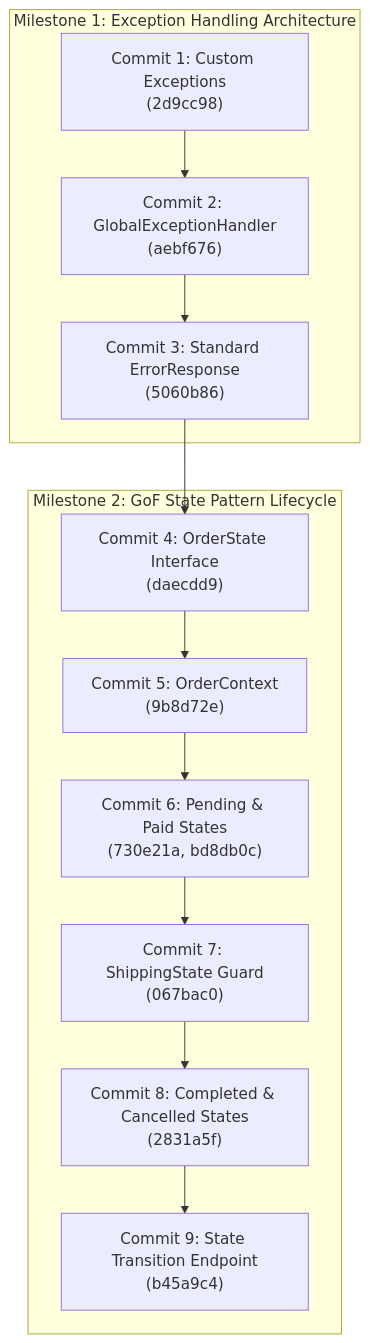
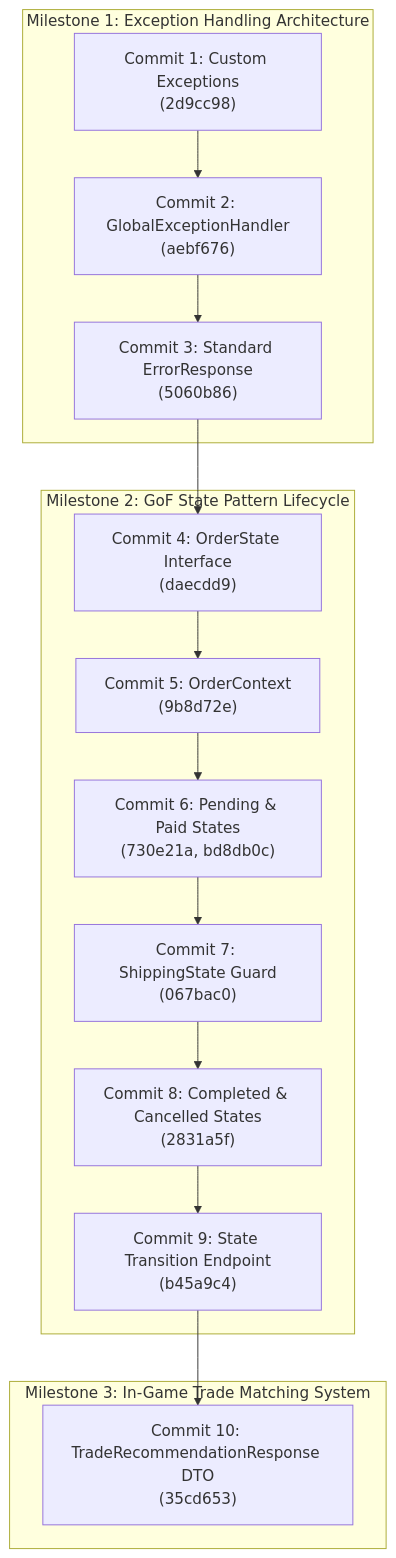
One commit to Bigzzz0/Pok-Vault_Commerce changed the diagram in knowledge.md. Above: the diagram before and after it, drawn with Mermaid. The commit also changed other lines of this file, not shown here.

Commit message:
docs: document Commit 10 TradeRecommendationResponse DTO and update tracker

````diff
--- a/knowledge.md
+++ b/knowledge.md
@@ -34,16 +34,20 @@
 ```mermaid
 graph TD
     subgraph ExceptionHandling["Milestone 1: Exception Handling Architecture"]
         C1["Commit 1: Custom Exceptions\n(2d9cc98)"] --> C2["Commit 2: GlobalExceptionHandler\n(aebf676)"]
         C2 --> C3["Commit 3: Standard ErrorResponse\n(5060b86)"]
     end
 
     subgraph StatePattern["Milestone 2: GoF State Pattern Lifecycle"]
         C3 --> C4["Commit 4: OrderState Interface\n(daecdd9)"]
         C4 --> C5["Commit 5: OrderContext\n(9b8d72e)"]
         C5 --> C6["Commit 6: Pending & Paid States\n(730e21a, bd8db0c)"]
         C6 --> C7["Commit 7: ShippingState Guard\n(067bac0)"]
         C7 --> C8["Commit 8: Completed & Cancelled States\n(2831a5f)"]
         C8 --> C9["Commit 9: State Transition Endpoint\n(b45a9c4)"]
     end
+
+    subgraph TradeMatching["Milestone 3: In-Game Trade Matching System"]
+        C9 --> C10["Commit 10: TradeRecommendationResponse DTO\n(35cd653)"]
+    end
 ```
````
